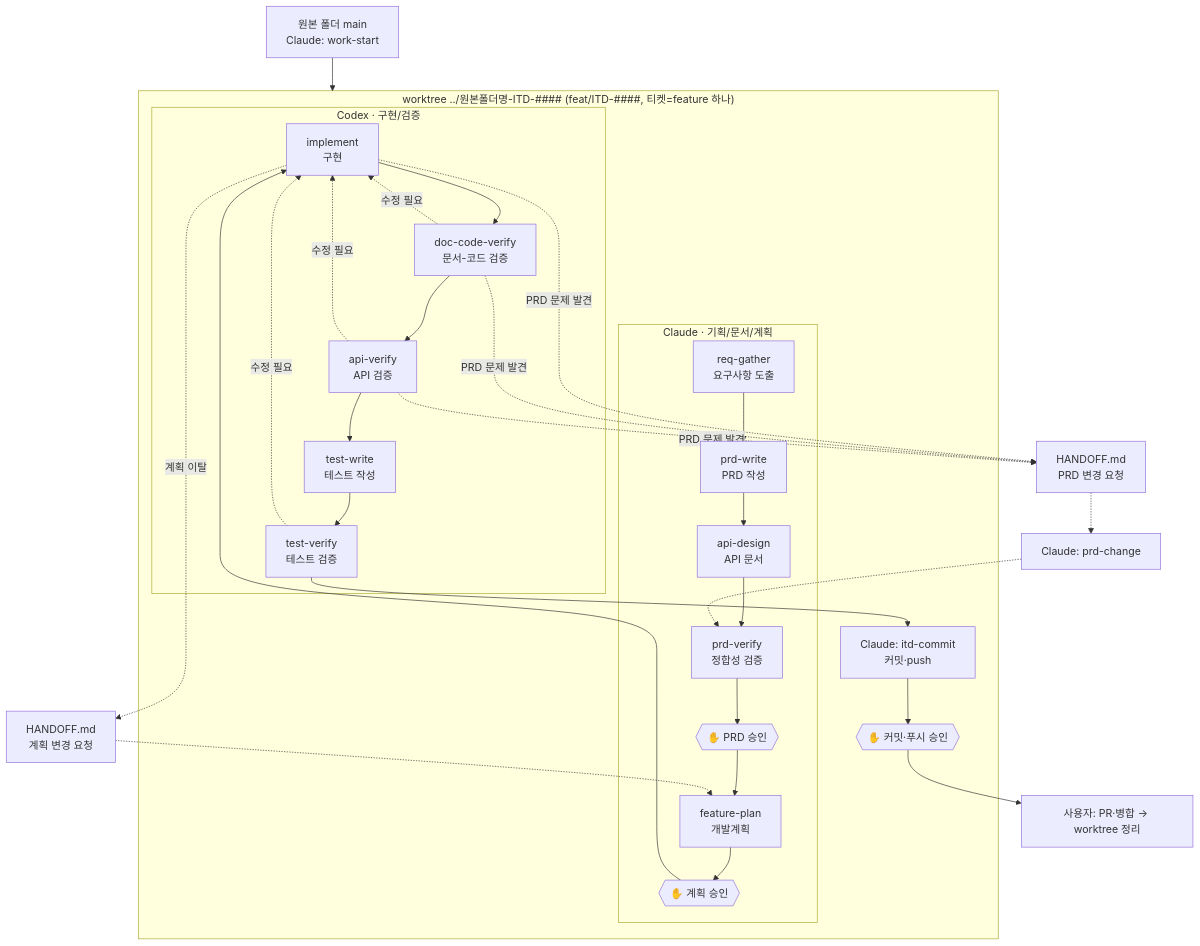
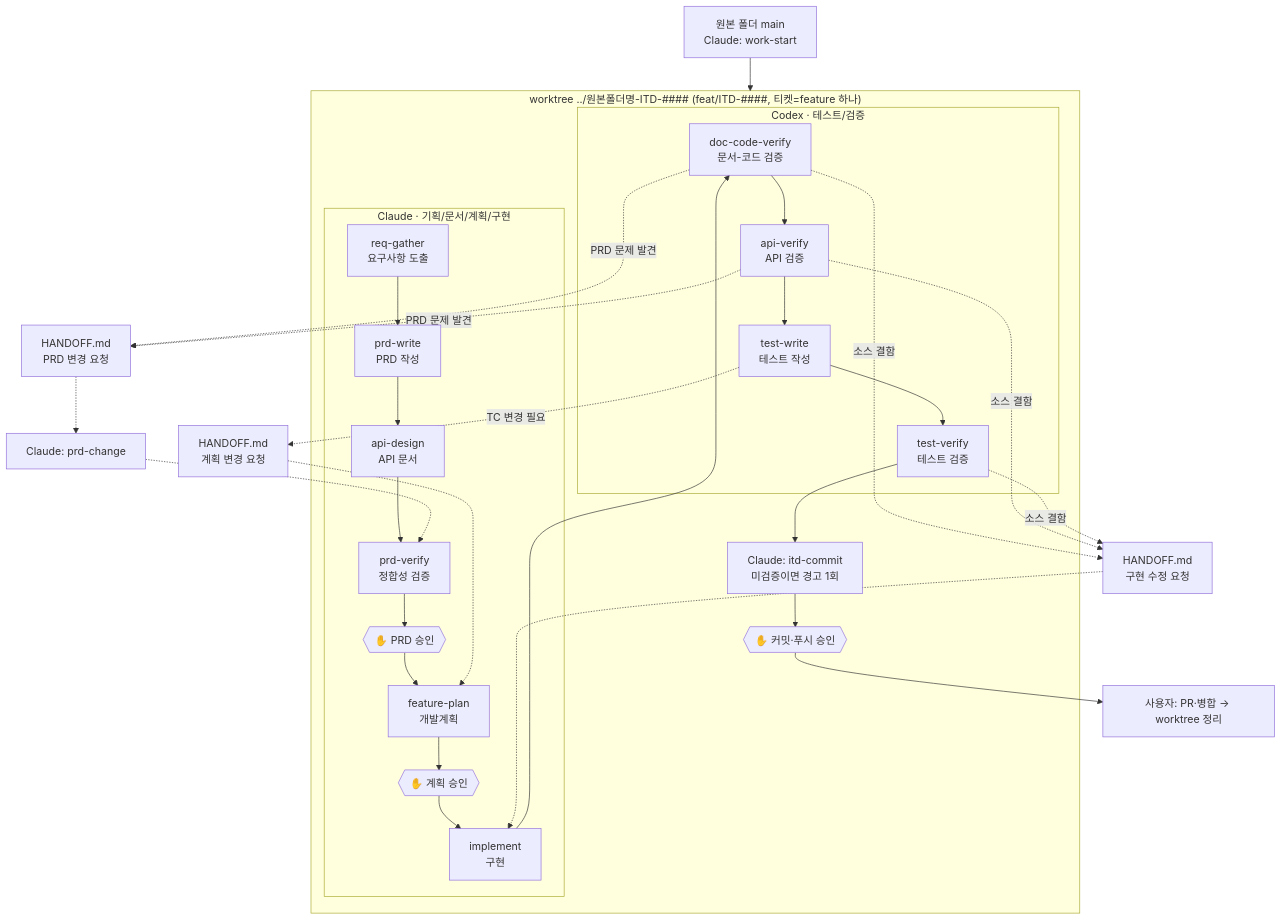
The diagram in README.md (sju3358/init-harness), drawn with Mermaid before and after one commit. The commit also changed other lines of this file and 22 other files, not shown here.

````diff
--- a/README.md
+++ b/README.md
@@ -83,38 +84,36 @@
 ```mermaid
 flowchart TD
     W[원본 폴더 main<br/>Claude: work-start] --> WT
 
     subgraph WT["worktree ../원본폴더명-ITD-#### (feat/ITD-####, 티켓=feature 하나)"]
-        subgraph C["Claude · 기획/문서/계획"]
+        subgraph C["Claude · 기획/문서/계획/구현"]
             C1[req-gather<br/>요구사항 도출] --> C2[prd-write<br/>PRD 작성]
             C2 --> C3[api-design<br/>API 문서]
             C3 --> C4[prd-verify<br/>정합성 검증]
             C4 --> G1{{"✋ PRD 승인"}}
             G1 --> C5[feature-plan<br/>개발계획]
             C5 --> G2{{"✋ 계획 승인"}}
+            G2 --> C6[implement<br/>구현]
         end
 
-        subgraph X["Codex · 구현/검증"]
-            X1[implement<br/>구현] --> X2[doc-code-verify<br/>문서-코드 검증]
-            X2 --> X3[api-verify<br/>API 검증]
-            X3 --> X4[test-write<br/>테스트 작성]
-            X4 --> X5[test-verify<br/>테스트 검증]
+        subgraph X["Codex · 테스트/검증"]
+            X1[doc-code-verify<br/>문서-코드 검증] --> X2[api-verify<br/>API 검증]
+            X2 --> X3[test-write<br/>테스트 작성]
+            X3 --> X4[test-verify<br/>테스트 검증]
         end
 
-        G2 --> X1
-        X5 --> C6[Claude: itd-commit<br/>커밋·push]
-        C6 --> G3{{"✋ 커밋·푸시 승인"}}
+        C6 --> X1
+        X4 --> C7[Claude: itd-commit<br/>미검증이면 경고 1회]
+        C7 --> G3{{"✋ 커밋·푸시 승인"}}
     end
 
     G3 --> M[사용자: PR·병합 → worktree 정리]
 
-    X1 -. 계획 이탈 .-> P[HANDOFF.md<br/>계획 변경 요청] -.-> C5
+    X1 -. 소스 결함 .-> F[HANDOFF.md<br/>구현 수정 요청] -.-> C6
+    X2 -. 소스 결함 .-> F
+    X4 -. 소스 결함 .-> F
+    X3 -. TC 변경 필요 .-> P[HANDOFF.md<br/>계획 변경 요청] -.-> C5
     X1 -. PRD 문제 발견 .-> R[HANDOFF.md<br/>PRD 변경 요청]
     X2 -. PRD 문제 발견 .-> R
-    X3 -. PRD 문제 발견 .-> R
     R -.-> CH[Claude: prd-change] -.-> C4
-
-    X2 -. 수정 필요 .-> X1
-    X3 -. 수정 필요 .-> X1
-    X5 -. 수정 필요 .-> X1
 ```
````
